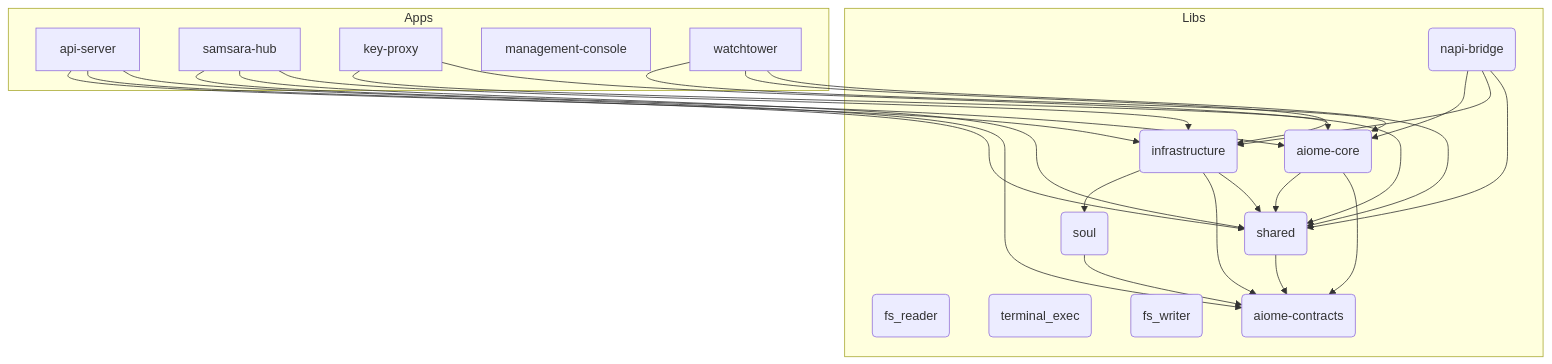
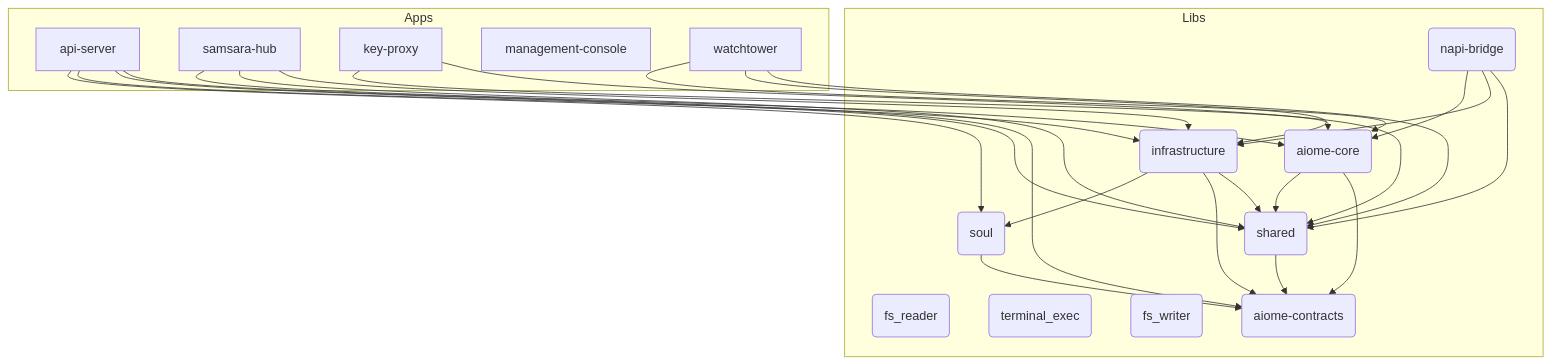
The diagram in ARCHITECTURE.md (for4xex-droid/modular-open-claw), drawn with Mermaid before and after one commit. The commit also changed other lines of this file, not shown here.

Commit message:
chore: regenerate ARCHITECTURE.md

````diff
--- a/ARCHITECTURE.md
+++ b/ARCHITECTURE.md
@@ -22,44 +22,45 @@
 ```mermaid
 graph TD
     subgraph Apps
         api-server[api-server]
         samsara-hub[samsara-hub]
         key-proxy[key-proxy]
         management-console[management-console]
         watchtower[watchtower]
     end
 
     subgraph Libs
         aiome-core(aiome-core)
         infrastructure(infrastructure)
         shared(shared)
         fs_reader(fs_reader)
         terminal_exec(terminal_exec)
         fs_writer(fs_writer)
         napi-bridge(napi-bridge)
         aiome-contracts(aiome-contracts)
         soul(soul)
     end
 
+    api-server --> soul
     api-server --> infrastructure
     api-server --> shared
     api-server --> aiome-contracts
     samsara-hub --> aiome-core
     samsara-hub --> shared
     samsara-hub --> infrastructure
     key-proxy --> aiome-core
     key-proxy --> shared
     aiome-core --> shared
     aiome-core --> aiome-contracts
     infrastructure --> soul
     infrastructure --> aiome-contracts
     infrastructure --> shared
     shared --> aiome-contracts
     napi-bridge --> aiome-core
     napi-bridge --> infrastructure
     napi-bridge --> shared
     watchtower --> aiome-core
     watchtower --> infrastructure
     watchtower --> shared
     soul --> aiome-contracts
 ```
````
